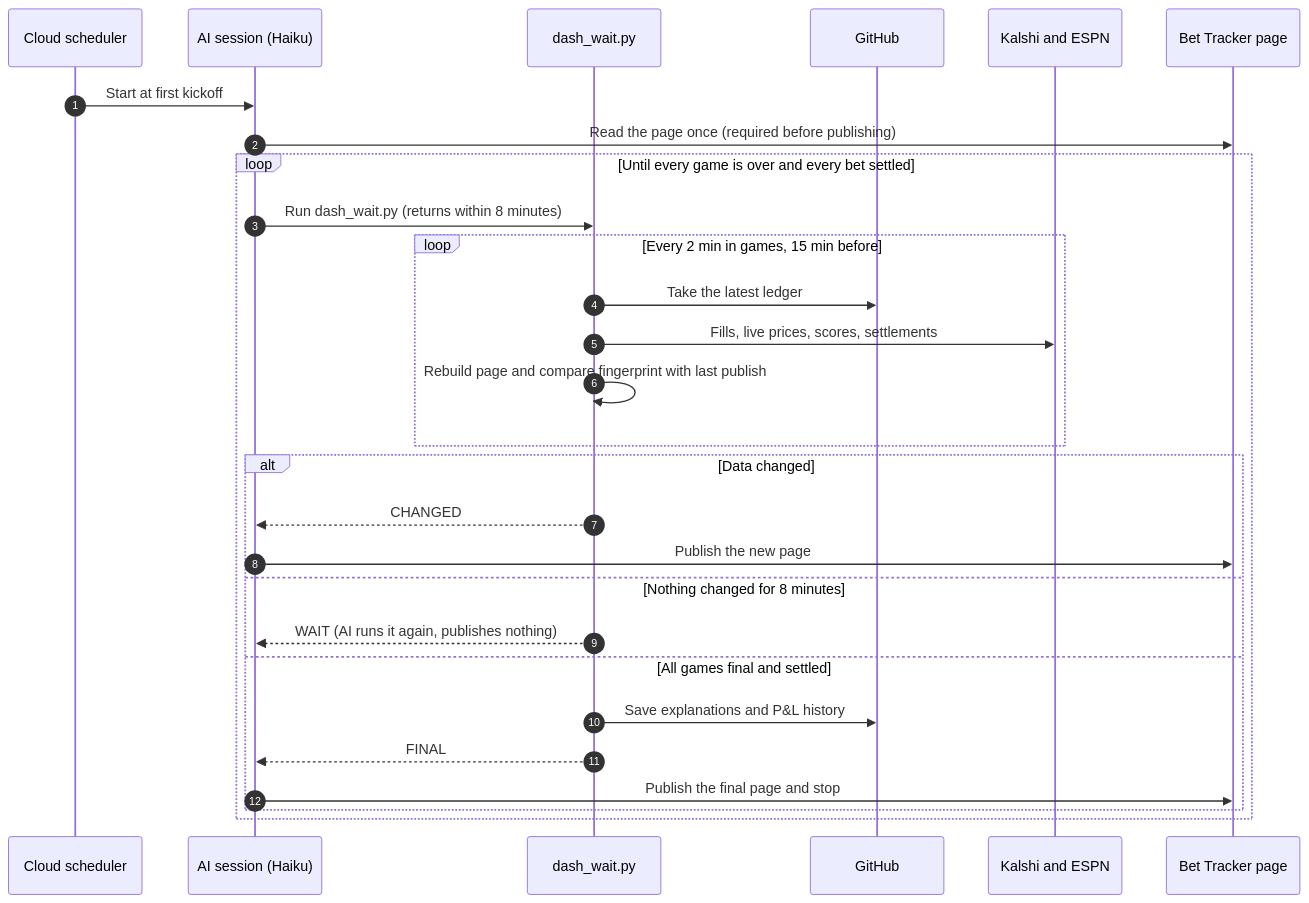
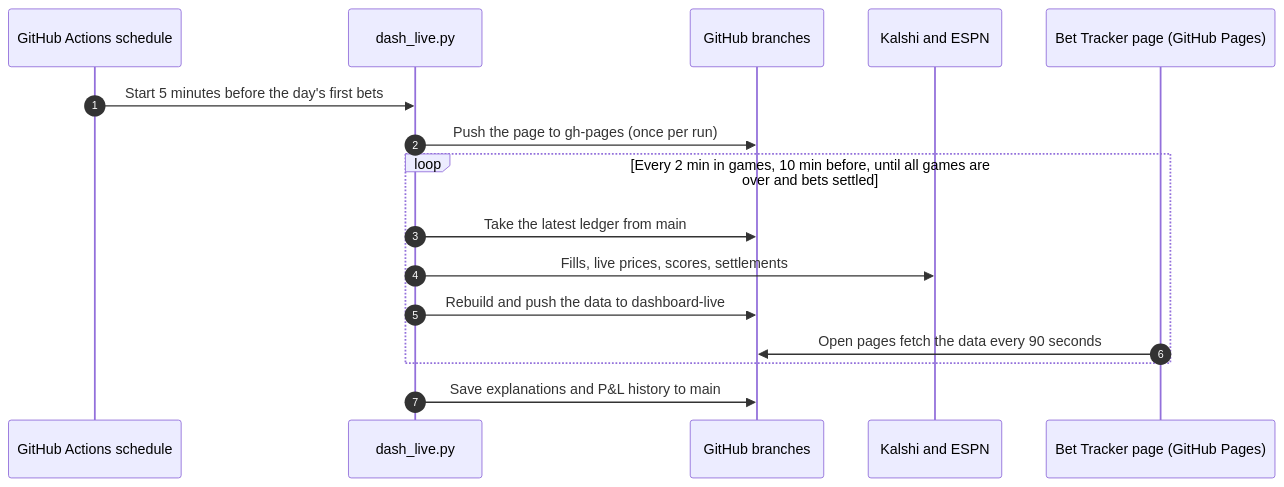
Before and after one commit to ya18101985/NFLAIStats: the third of 4 diagrams in docs/architecture.md, drawn with Mermaid. The commit also changed other lines of this file and 7 other files, not shown here.

First line of the commit message:
Remove the old Claude-session dashboard code

````diff
--- a/docs/architecture.md
+++ b/docs/architecture.md
@@ -127,31 +127,19 @@
 ```mermaid
 sequenceDiagram
     autonumber
-    participant S as Cloud scheduler
-    participant A as AI session (Haiku)
-    participant W as dash_wait.py
-    participant G as GitHub
+    participant S as GitHub Actions schedule
+    participant W as dash_live.py
+    participant G as GitHub branches
     participant K as Kalshi and ESPN
-    participant P as Bet Tracker page
+    participant P as Bet Tracker page (GitHub Pages)
 
-    S->>A: Start at first kickoff
-    A->>P: Read the page once (required before publishing)
-    loop Until every game is over and every bet settled
-        A->>W: Run dash_wait.py (returns within 8 minutes)
-        loop Every 2 min in games, 15 min before
-            W->>G: Take the latest ledger
-            W->>K: Fills, live prices, scores, settlements
-            W->>W: Rebuild page and compare fingerprint with last publish
-        end
-        alt Data changed
-            W-->>A: CHANGED
-            A->>P: Publish the new page
-        else Nothing changed for 8 minutes
-            W-->>A: WAIT (AI runs it again, publishes nothing)
-        else All games final and settled
-            W->>G: Save explanations and P&L history
-            W-->>A: FINAL
-            A->>P: Publish the final page and stop
-        end
+    S->>W: Start 5 minutes before the day's first bets
+    W->>G: Push the page to gh-pages (once per run)
+    loop Every 2 min in games, 10 min before, until all games are over and bets settled
+        W->>G: Take the latest ledger from main
+        W->>K: Fills, live prices, scores, settlements
+        W->>G: Rebuild and push the data to dashboard-live
+        P->>G: Open pages fetch the data every 90 seconds
     end
+    W->>G: Save explanations and P&L history to main
 ```
````
